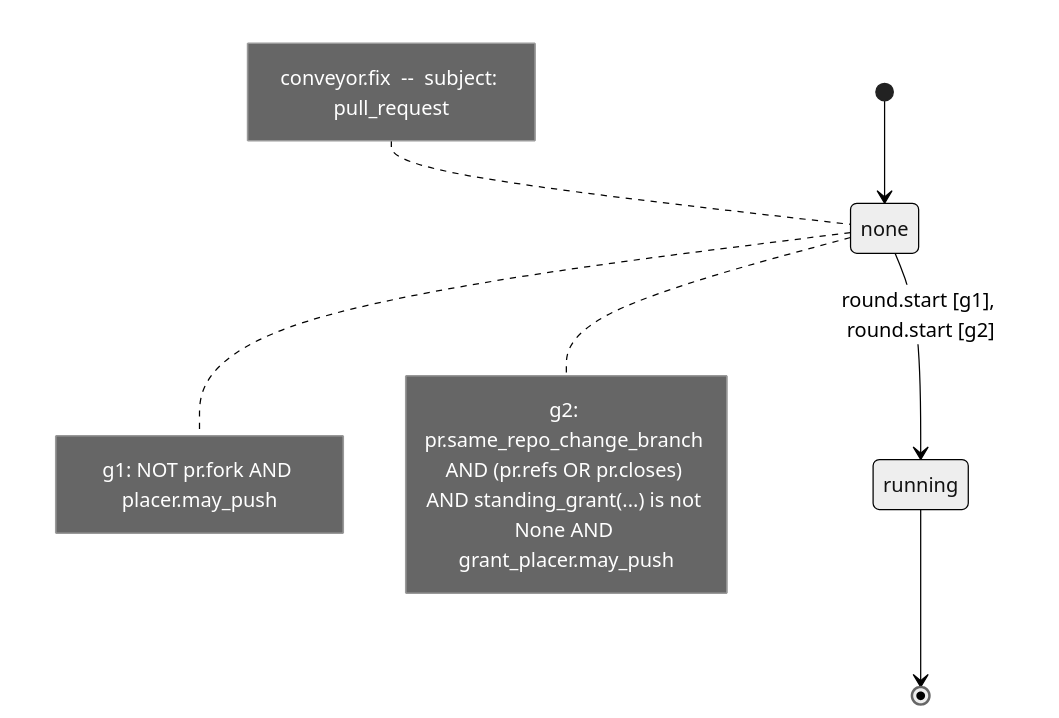
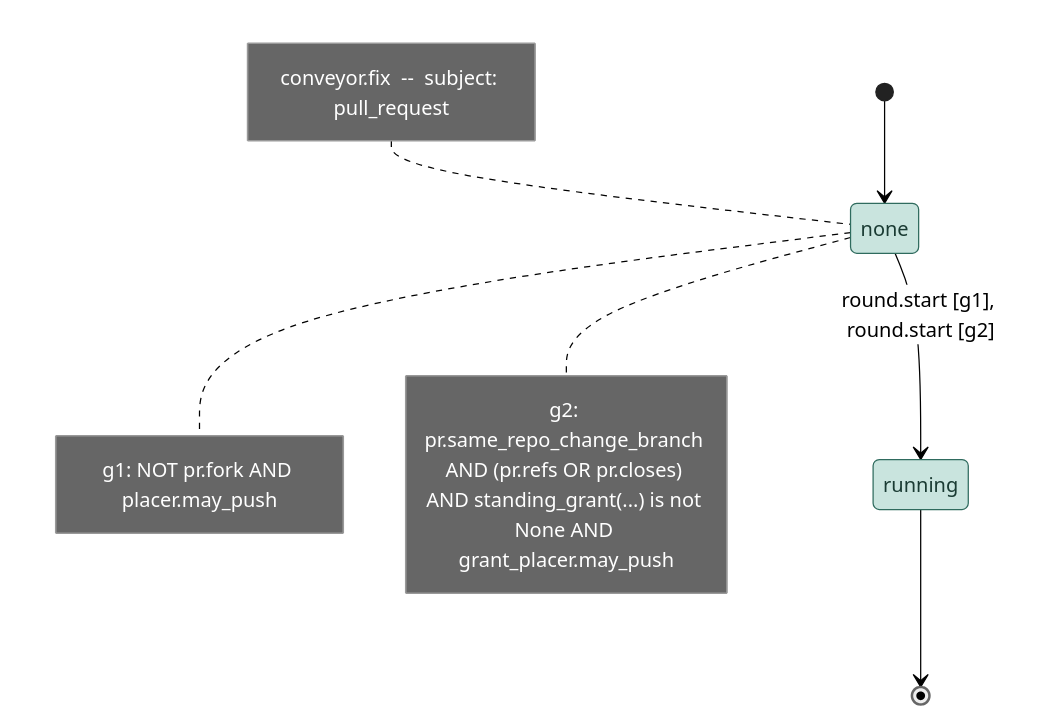
Before and after one commit to kostiantyn-matsebora/agent-ops-operator: the diagram in .github/conveyor-model/mermaid/conveyor_fix.mmd, drawn with Mermaid (neutral theme). The commit also changed 8 other files, not shown here.

```diff
--- a/.github/conveyor-model/mermaid/conveyor_fix.mmd
+++ b/.github/conveyor-model/mermaid/conveyor_fix.mmd
@@ -1,15 +1,18 @@
 stateDiagram-v2
     [*] --> none
     note left of none
         conveyor.fix  --  subject: pull_request
     end note
+    classDef stationState fill:#e8d5b5,stroke:#8a6d3b,color:#4a3b1f
+    classDef loopState fill:#c9e4de,stroke:#2f6b5e,color:#1a3b33
     state none
     state running
     none --> running : round.start [g1], round.start [g2]
     running --> [*]
+    class none, running loopState
     note right of none
         g1: NOT pr.fork AND placer.may_push
     end note
     note right of none
         g2: pr.same_repo_change_branch AND (pr.refs OR pr.closes) AND standing_grant(...) is not None AND grant_placer.may_push
     end note
```
